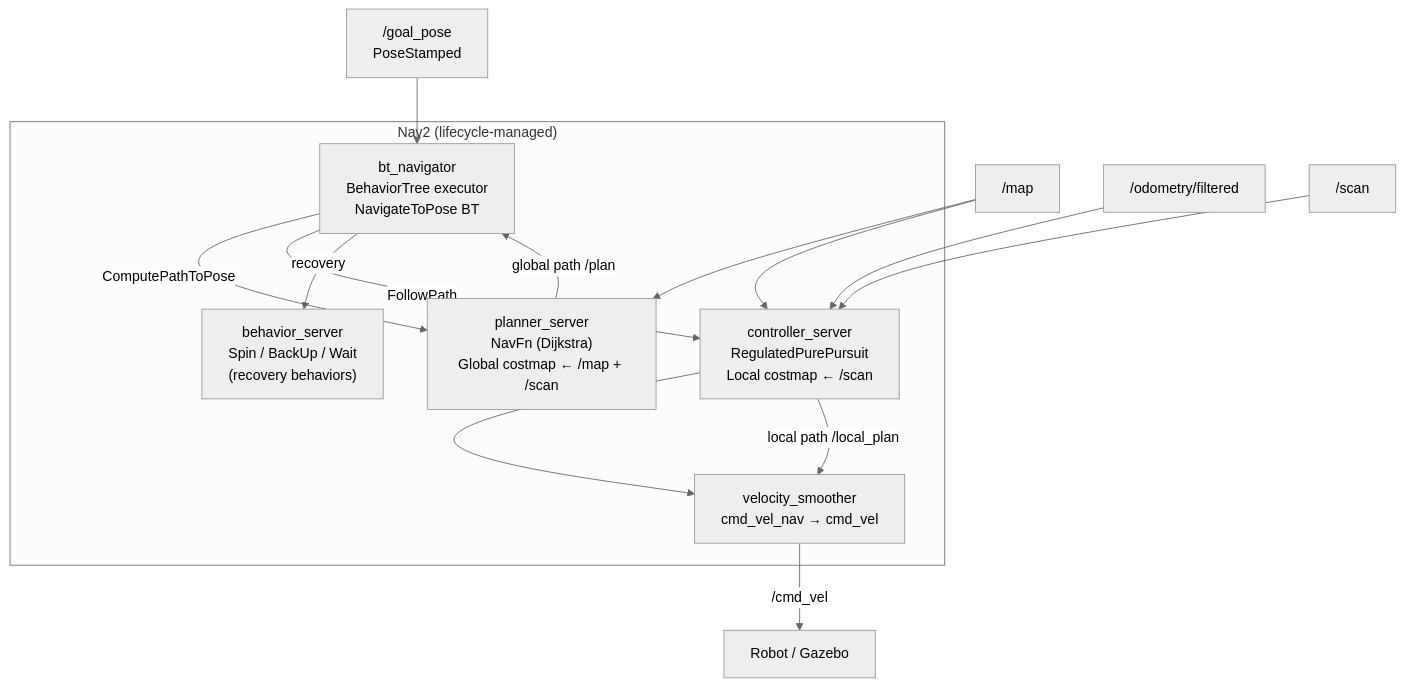
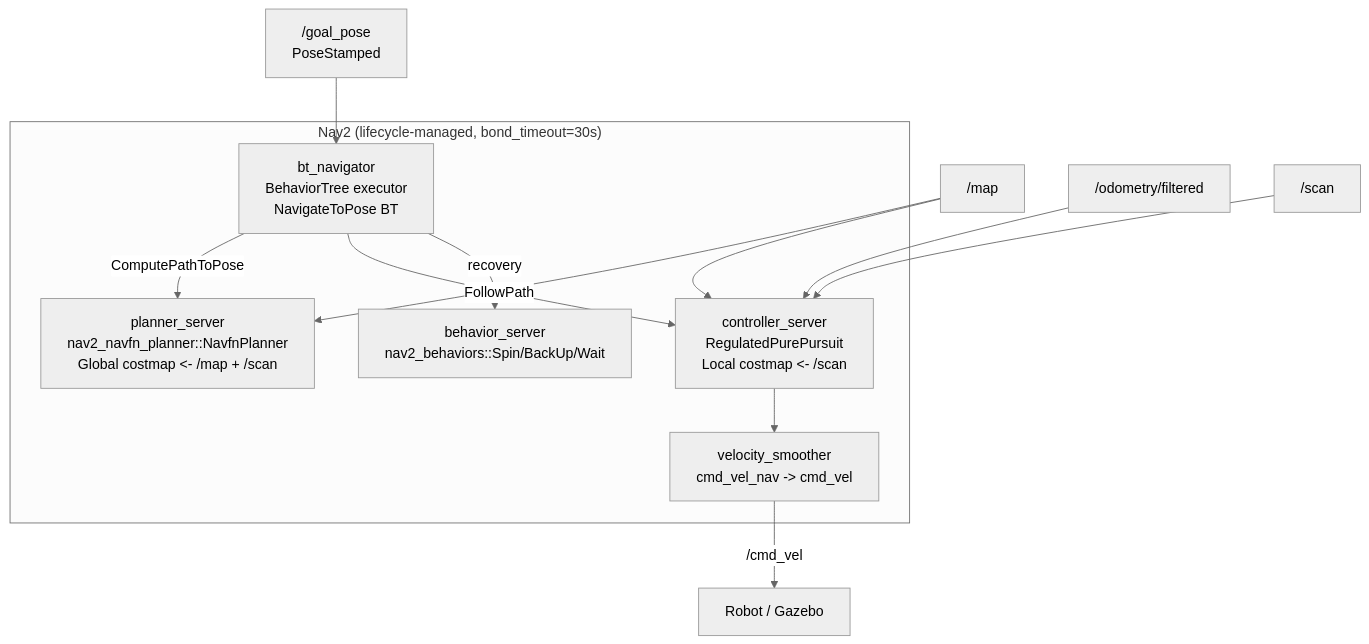
One commit to Aimene-D/burgerbot changed the fifth of 8 diagrams in ros2_ws/src/burgerbot/ARCHITECTURE.md. Above: the diagram before and after it, drawn with Mermaid (neutral theme). The commit also changed other lines of this file and 1 other file, not shown here.

First line of the commit message:
docs: update README and ARCHITECTURE for Ubuntu, Docker fixes, and Jazzy compatibility

````diff
--- a/ros2_ws/src/burgerbot/ARCHITECTURE.md
+++ b/ros2_ws/src/burgerbot/ARCHITECTURE.md
@@ -130,26 +128,24 @@
 ```mermaid
 flowchart TB
     GOAL["/goal_pose\nPoseStamped"] --> BT
 
-    subgraph Nav2["Nav2 (lifecycle-managed)"]
+    subgraph Nav2["Nav2 (lifecycle-managed, bond_timeout=30s)"]
         BT["bt_navigator\nBehaviorTree executor\nNavigateToPose BT"]
-        PLAN["planner_server\nNavFn (Dijkstra)\nGlobal costmap ← /map + /scan"]
-        CTRL["controller_server\nRegulatedPurePursuit\nLocal costmap ← /scan"]
-        BEHAV["behavior_server\nSpin / BackUp / Wait\n(recovery behaviors)"]
-        VS["velocity_smoother\ncmd_vel_nav → cmd_vel"]
+        PLAN["planner_server\nnav2_navfn_planner::NavfnPlanner\nGlobal costmap <- /map + /scan"]
+        CTRL["controller_server\nRegulatedPurePursuit\nLocal costmap <- /scan"]
+        BEHAV["behavior_server\nnav2_behaviors::Spin/BackUp/Wait"]
+        VS["velocity_smoother\ncmd_vel_nav -> cmd_vel"]
 
         BT -->|"ComputePathToPose"| PLAN
         BT -->|"FollowPath"| CTRL
         BT -->|"recovery"| BEHAV
         CTRL --> VS
     end
 
     VS -->|"/cmd_vel"| ROBOT["Robot / Gazebo"]
-    PLAN -->|"global path /plan"| BT
-    CTRL -->|"local path /local_plan"| VS
 
     MAP["/map"] --> PLAN
     MAP --> CTRL
     ODOM["/odometry/filtered"] --> CTRL
     SCAN["/scan"] --> CTRL
 ```
````
